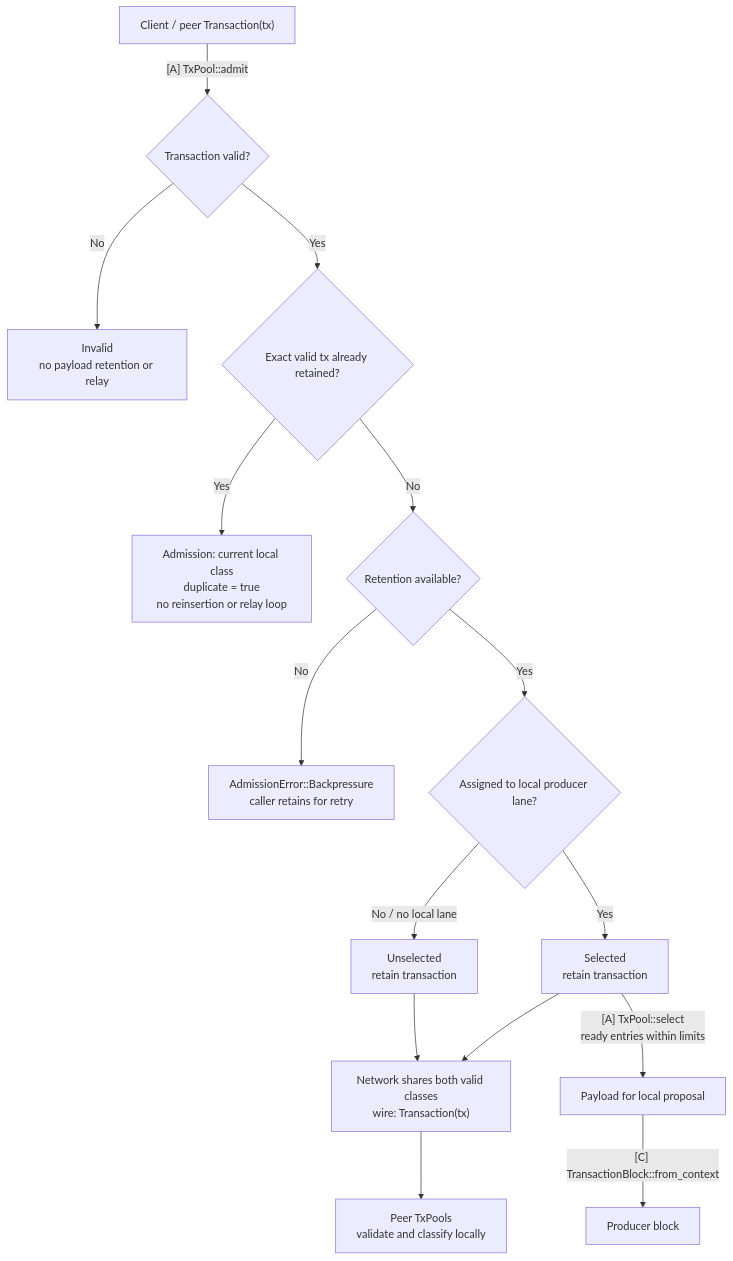
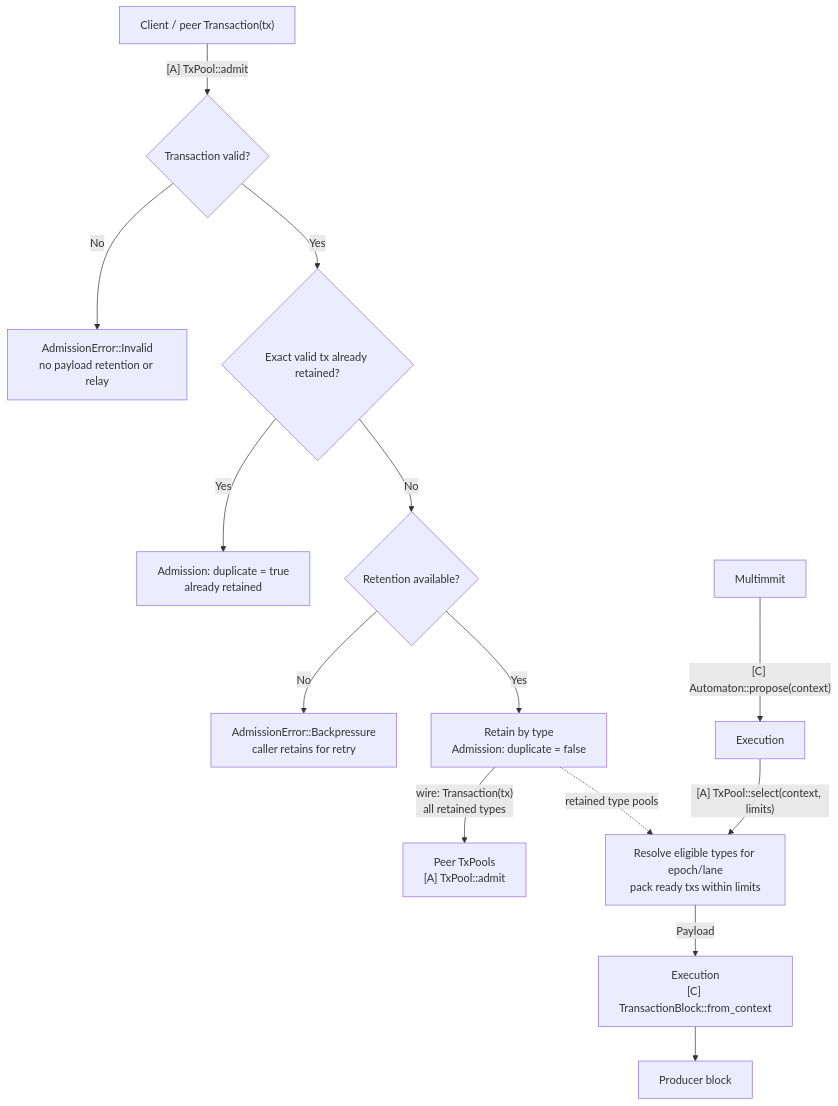
Before and after one commit to djm07073/baton: the diagram in tx-pool/README.md, drawn with Mermaid. The commit also changed other lines of this file and 32 other files, not shown here.

Commit message:
refactor: separate transaction admission from epoch lane selection

````diff
--- a/tx-pool/README.md
+++ b/tx-pool/README.md
@@ -73,17 +76,16 @@
 ```mermaid
 flowchart TB
     I["Client / peer Transaction(tx)"] -->|"[A] TxPool::admit"| V{"Transaction valid?"}
-    V -->|"No"| X["Invalid<br/>no payload retention or relay"]
+    V -->|"No"| X["AdmissionError::Invalid<br/>no payload retention or relay"]
     V -->|"Yes"| D{"Exact valid tx already retained?"}
-    D -->|"Yes"| K["Admission: current local class<br/>duplicate = true<br/>no reinsertion or relay loop"]
+    D -->|"Yes"| K["Admission: duplicate = true<br/>already retained"]
     D -->|"No"| R{"Retention available?"}
     R -->|"No"| F["AdmissionError::Backpressure<br/>caller retains for retry"]
-    R -->|"Yes"| L{"Assigned to local producer lane?"}
-    L -->|"Yes"| S["Selected<br/>retain transaction"]
-    L -->|"No / no local lane"| U["Unselected<br/>retain transaction"]
-    S --> G["Network shares both valid classes<br/>wire: Transaction(tx)"]
-    U --> G
-    S -->|"[A] TxPool::select<br/>ready entries within limits"| B["Payload for local proposal"]
-    B -->|"[C] TransactionBlock::from_context"| P["Producer block"]
-    G --> Q["Peer TxPools<br/>validate and classify locally"]
+    R -->|"Yes"| T["Retain by type<br/>Admission: duplicate = false"]
+    T -->|"wire: Transaction(tx)<br/>all retained types"| Q["Peer TxPools<br/>[A] TxPool::admit"]
+    N["Multimmit"] -->|"[C] Automaton::propose(context)"| E["Execution"]
+    E -->|"[A] TxPool::select(context, limits)"| S["Resolve eligible types for epoch/lane<br/>pack ready txs within limits"]
+    T -.->|"retained type pools"| S
+    S -->|"Payload"| B["Execution<br/>[C] TransactionBlock::from_context"]
+    B --> P["Producer block"]
 ```
````
